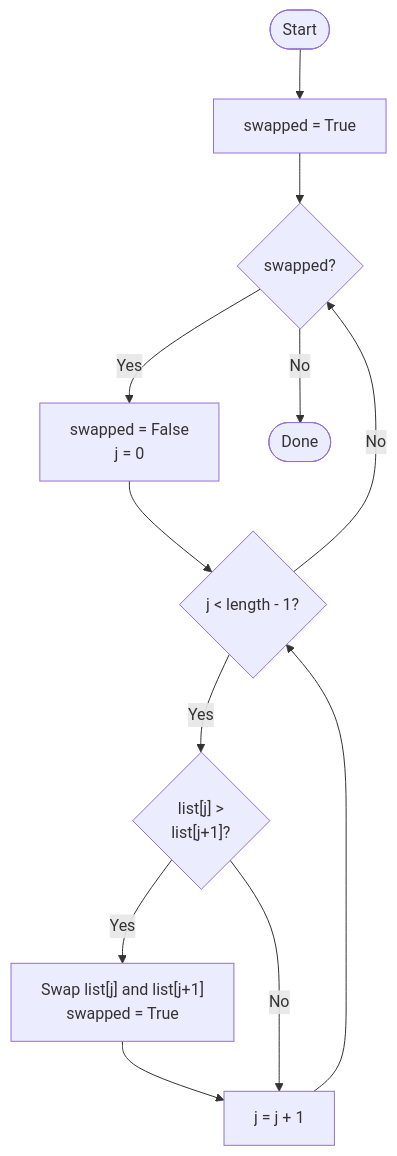
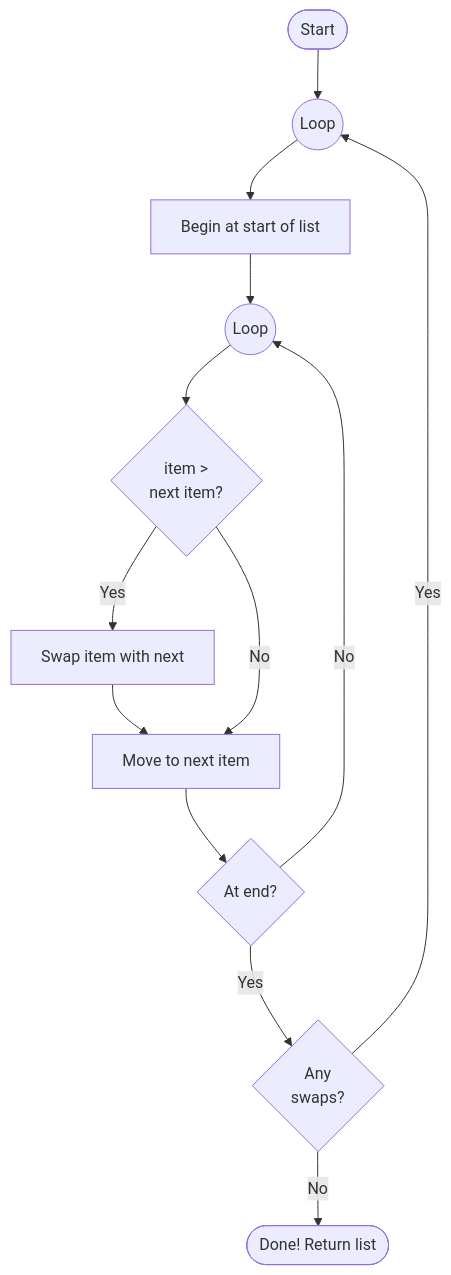
The first of 3 diagrams in docs/programming/algorithms/sorting.md (waimea-dt/how-do-i), drawn with Mermaid before and after one commit. The commit also changed other lines of this file and 7 other files, not shown here.

Commit message:
Pseudocode and mermaid refinement

````diff
--- a/docs/programming/algorithms/sorting.md
+++ b/docs/programming/algorithms/sorting.md
@@ -24,22 +43,23 @@
 ```mermaid
 flowchart TD
     %% Define nodes
     start([Start])
-    init[swapped = True]
-    outerCheck{swapped?}
-    reset["swapped = False\nj = 0"]
-    innerCheck{j < length - 1?}
-    compare{"list[j] >\nlist[j+1]?"}
-    swap["Swap list[j] and list[j+1]\nswapped = True"]
-    next[j = j + 1]
-    done([Done])
+    init["Begin at start of list"]
+    outerLoop((Loop))
+    innerLoop((Loop))
+    compare{"item ><br>next item?"}
+    outerCheck{"Any<br>swaps?"}
+    innerCheck{"At end?"}
+    swap["Swap item with next"]
+    next["Move to next item"]
+    done(["Done! Return list"])
 
     %% Define links
-    start --> init --> outerCheck
-    outerCheck -- Yes --> reset --> innerCheck
-    innerCheck -- Yes --> compare
+    start --> outerLoop --> init --> innerLoop --> compare
     compare -- Yes --> swap --> next --> innerCheck
     compare -- No --> next
-    innerCheck -- No --> outerCheck
+    innerCheck -- Yes --> outerCheck
+    innerCheck -- No --> innerLoop
+    outerCheck -- Yes --> outerLoop
     outerCheck -- No --> done
 ```
````
